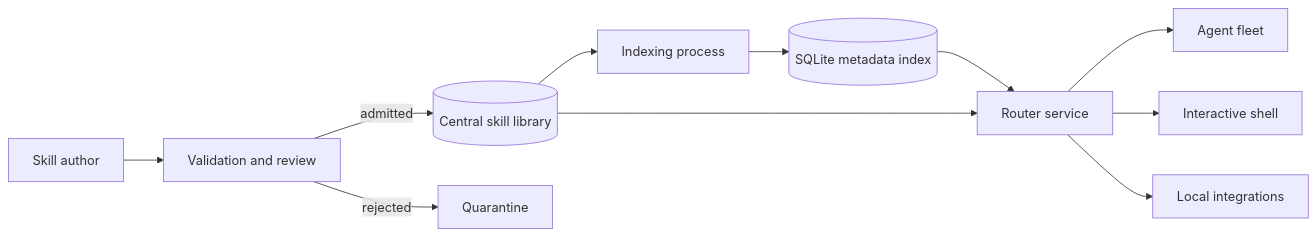
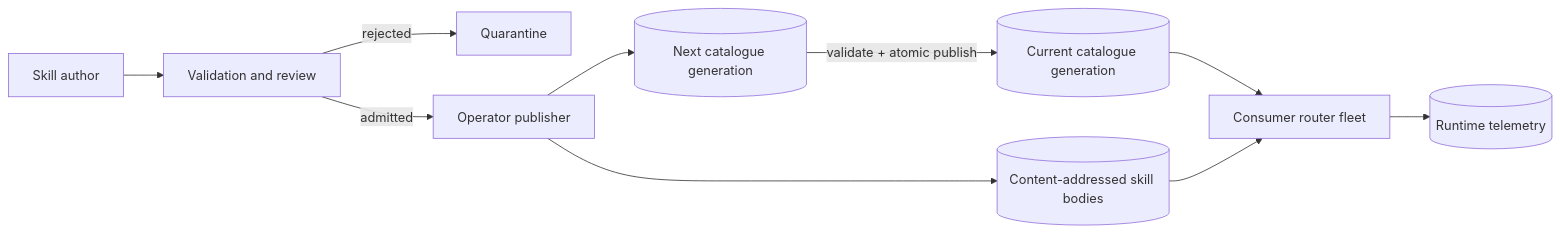
The fifth of 6 diagrams in docs/INTEGRATION_PATTERNS.md (moritzketzer/skill-router), drawn with Mermaid before and after one commit. The commit also changed other lines of this file and 17 other files, not shown here.

````diff
--- a/docs/INTEGRATION_PATTERNS.md
+++ b/docs/INTEGRATION_PATTERNS.md
@@ -109,13 +113,12 @@
 ```mermaid
 flowchart LR
     D[Skill author] --> V[Validation and review]
-    V -->|admitted| L[(Central skill library)]
     V -->|rejected| Q[Quarantine]
-    L --> X[Indexing process]
-    X --> I[(SQLite metadata index)]
-    I --> R[Router service]
-    L --> R
-    R --> A1[Agent fleet]
-    R --> A2[Interactive shell]
-    R --> A3[Local integrations]
+    V -->|admitted| P[Operator publisher]
+    P --> N[(Next catalogue generation)]
+    P --> O[(Content-addressed skill bodies)]
+    N -->|validate + atomic publish| C[(Current catalogue generation)]
+    C --> R1[Consumer router fleet]
+    O --> R1
+    R1 --> T[(Runtime telemetry)]
 ```
````
